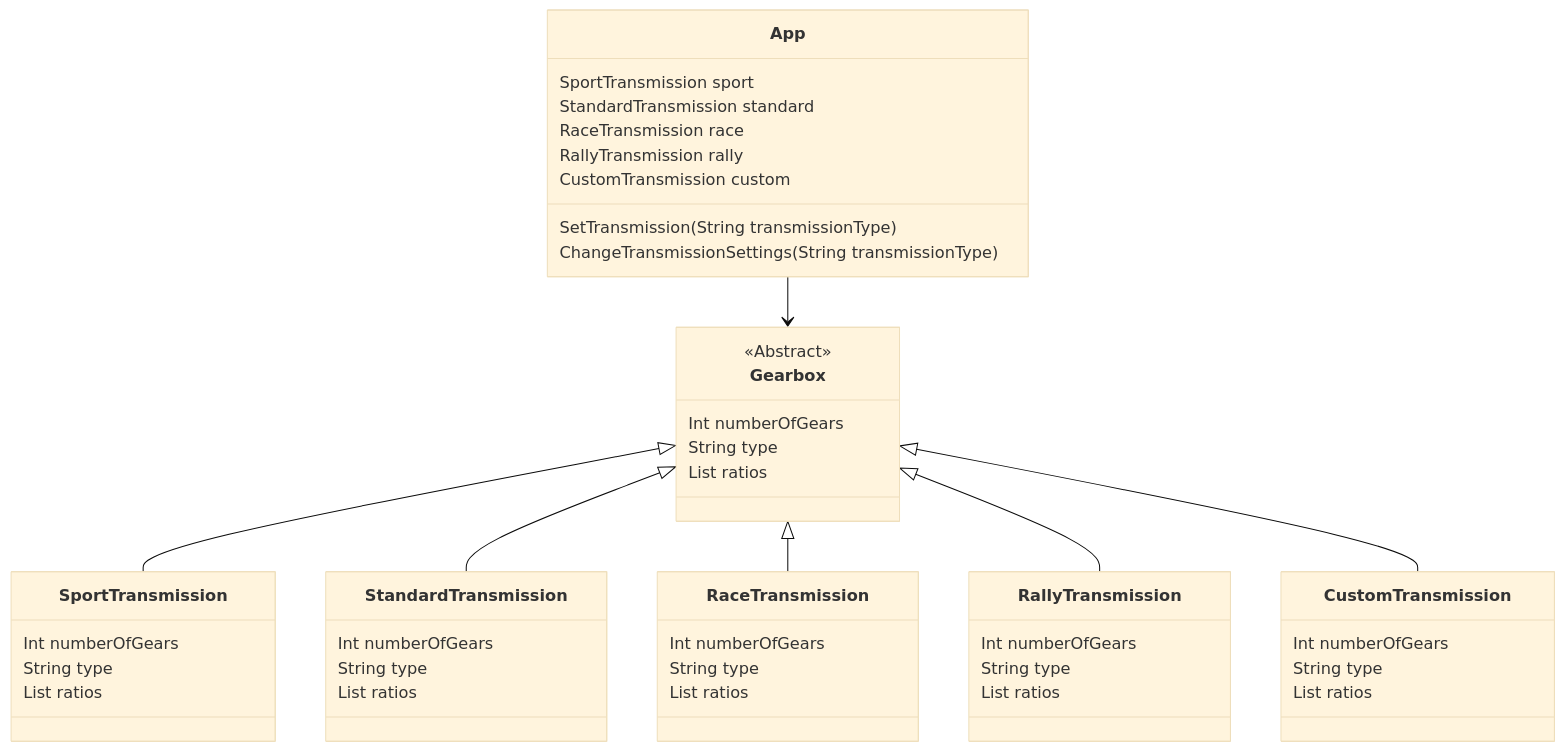
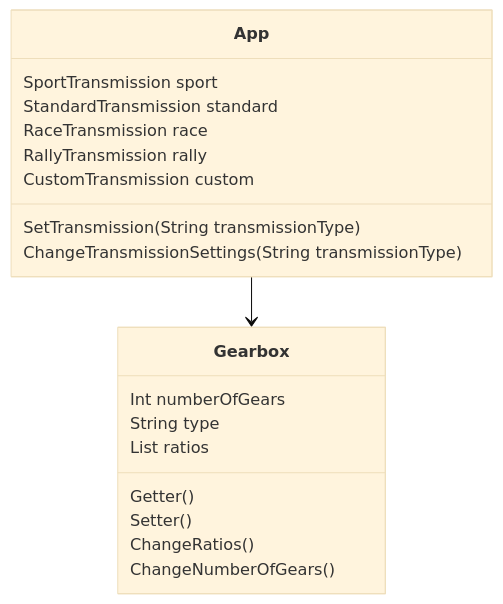
The diagram in GearboxV2/README.md (RockFreakRickerd/SameCodeDifferentLanguagues), drawn with Mermaid (base theme) before and after one commit. The commit also changed 2 other files, not shown here.

Commit message:
Changes in code

````diff
--- a/GearboxV2/README.md
+++ b/GearboxV2/README.md
@@ -20,35 +20,18 @@
 ```mermaid
 classDiagram
  App --> Gearbox
- Gearbox <|-- SportTransmission
- Gearbox <|-- StandardTransmission
- Gearbox <|-- RaceTransmission
- Gearbox <|-- RallyTransmission
- Gearbox <|-- CustomTransmission
  App: SportTransmission sport
  App: StandardTransmission standard
  App: RaceTransmission race
  App: RallyTransmission rally
  App: CustomTransmission custom
  App: SetTransmission(String transmissionType)
  App: ChangeTransmissionSettings(String transmissionType)
  Gearbox: Int numberOfGears
  Gearbox: String type
  Gearbox: List ratios
- SportTransmission: Int numberOfGears
- SportTransmission: String type
- SportTransmission: List ratios
- StandardTransmission: Int numberOfGears
- StandardTransmission: String type
- StandardTransmission: List ratios
- RaceTransmission: Int numberOfGears
- RaceTransmission: String type
- RaceTransmission: List ratios
- RallyTransmission: Int numberOfGears
- RallyTransmission: String type
- RallyTransmission: List ratios
- CustomTransmission: Int numberOfGears
- CustomTransmission: String type
- CustomTransmission: List ratios
- <<Abstract>> Gearbox
+ Gearbox: Getter()
+ Gearbox: Setter()
+ Gearbox: ChangeRatios()
+ Gearbox: ChangeNumberOfGears()
 ```
````
